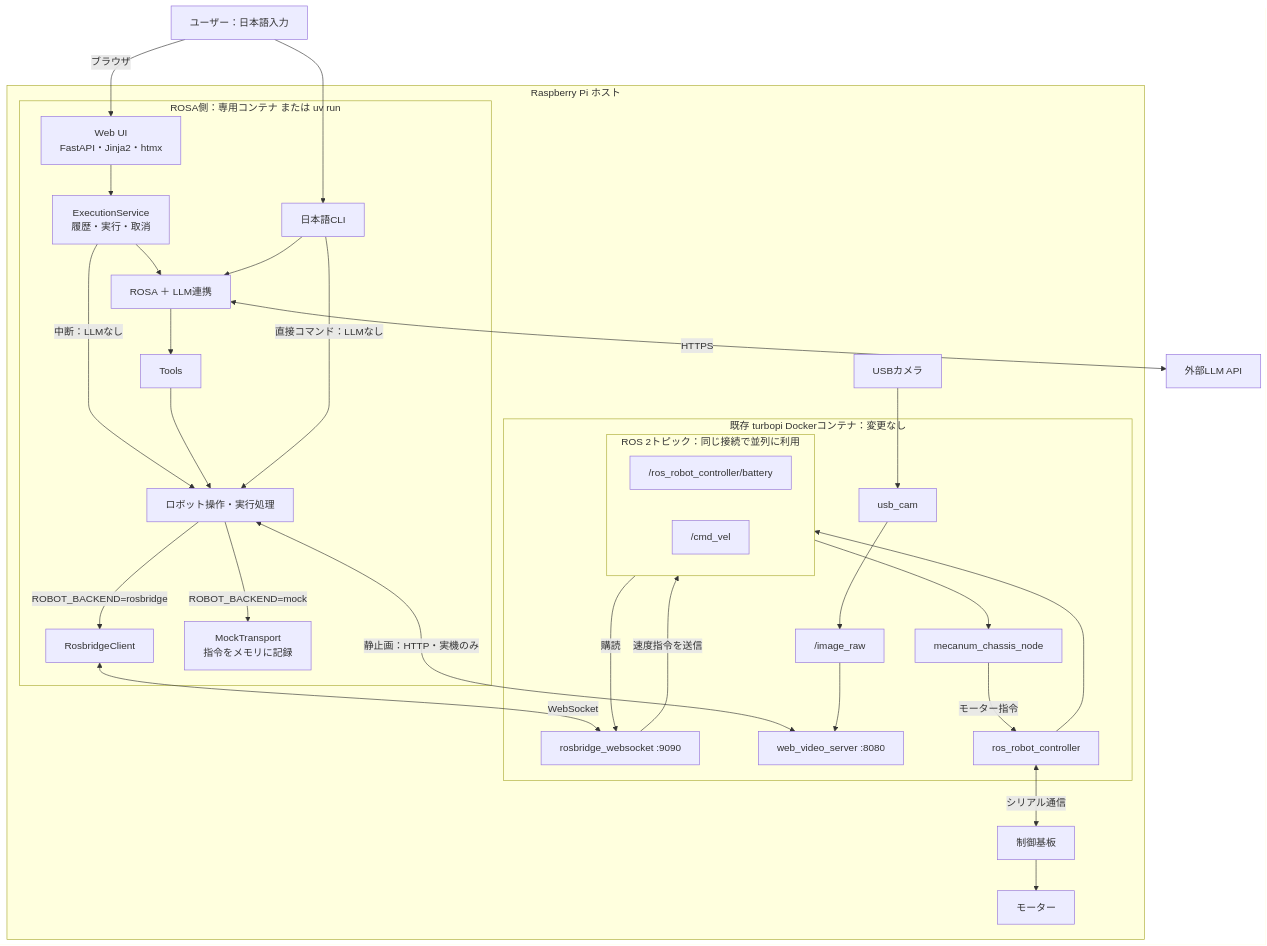
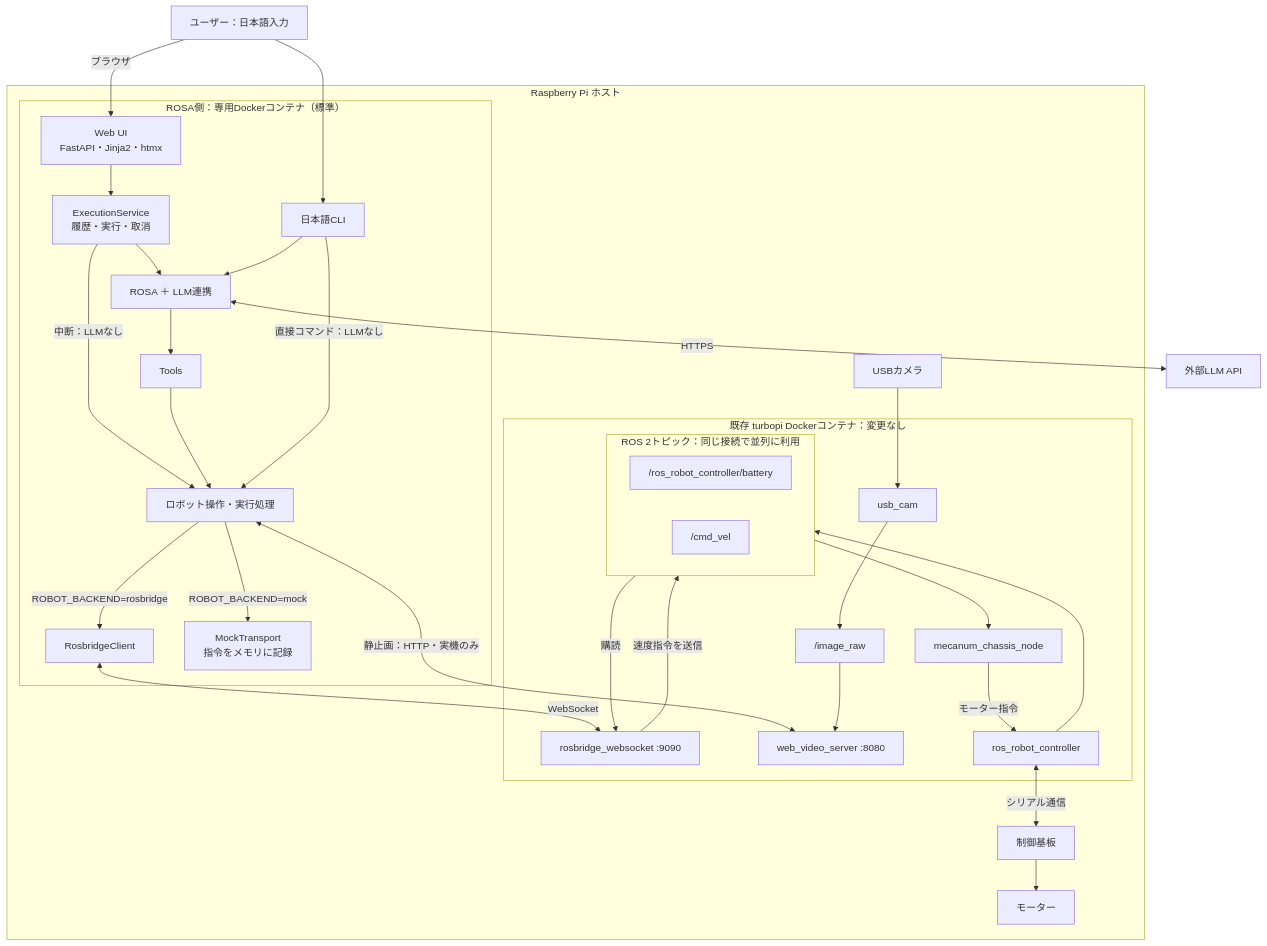
The first of 4 diagrams in docs/architecture.md (kyoto-kaira/rosa-turbopi), drawn with Mermaid before and after one commit. The commit also changed other lines of this file and 7 other files, not shown here.

````diff
--- a/docs/architecture.md
+++ b/docs/architecture.md
@@ -26,62 +26,62 @@
 ```mermaid
 flowchart TB
     User["ユーザー：日本語入力"]
 
     subgraph Host["Raspberry Pi ホスト"]
-        subgraph ROSA["ROSA側：専用コンテナ または uv run"]
+        subgraph ROSA["ROSA側：専用Dockerコンテナ（標準）"]
             CLI["日本語CLI"]
             Web["Web UI<br/>FastAPI・Jinja2・htmx"]
             Execution["ExecutionService<br/>履歴・実行・取消"]
             Agent["ROSA ＋ LLM連携"]
             Tools["Tools"]
             Robot["ロボット操作・実行処理"]
             Bridge["RosbridgeClient"]
             Mock["MockTransport<br/>指令をメモリに記録"]
         end
 
         subgraph Existing["既存 turbopi Dockerコンテナ：変更なし"]
             Rosbridge["rosbridge_websocket :9090"]
             subgraph Topics["ROS 2トピック：同じ接続で並列に利用"]
                 direction LR
                 Battery["/ros_robot_controller/battery"]
                 CmdVel["/cmd_vel"]
             end
             Camera["/image_raw"]
             VideoServer["web_video_server :8080"]
             Chassis["mecanum_chassis_node"]
             Controller["ros_robot_controller"]
             CameraNode["usb_cam"]
         end
 
         Board["制御基板"]
         Motors["モーター"]
         USB["USBカメラ"]
     end
 
     LLM["外部LLM API"]
     User --> CLI
     User -->|ブラウザ| Web
     Web --> Execution
     Execution --> Agent
     Execution -->|中断：LLMなし| Robot
     CLI --> Agent
     Agent <-->|HTTPS| LLM
     Agent --> Tools
     Tools --> Robot
     CLI -->|直接コマンド：LLMなし| Robot
     Robot -->|ROBOT_BACKEND=rosbridge| Bridge
     Robot -->|ROBOT_BACKEND=mock| Mock
 
     Bridge <-->|WebSocket| Rosbridge
     Battery -->|購読| Rosbridge
     Rosbridge -->|速度指令を送信| CmdVel
     Robot <-->|静止画：HTTP・実機のみ| VideoServer
     CmdVel --> Chassis
     Chassis -->|モーター指令| Controller
     Controller --> Battery
     Controller <-->|シリアル通信| Board
     Board --> Motors
     USB --> CameraNode
     CameraNode --> Camera
     Camera --> VideoServer
 ```
````
